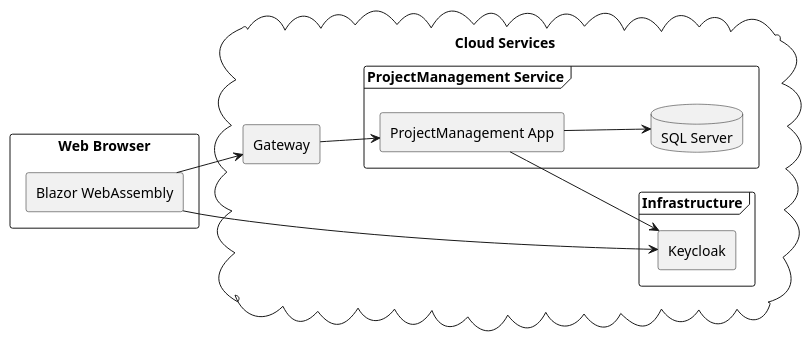
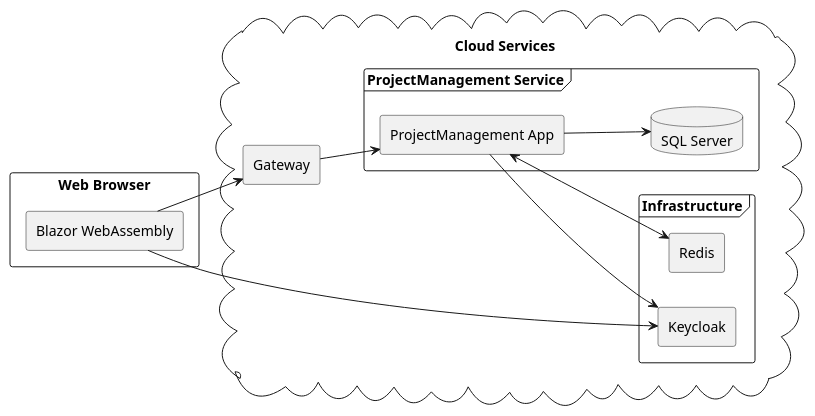
The diagram in doc/uml/architecture.puml (Kr0oked/DotnetProjectManagement), drawn with PlantUML before and after one commit. The commit also changed 13 other files, not shown here.

```diff
--- a/doc/uml/architecture.puml
+++ b/doc/uml/architecture.puml
@@ -1,30 +1,32 @@
 @startuml
 left to right direction
 
 rectangle "Web Browser" {
     agent "Blazor WebAssembly" as BlazorWebAssembly
 }
 
 cloud "Cloud Services" {
 
     agent Gateway
 
     frame "ProjectManagement Service" {
         agent "ProjectManagement App" as ProjectAPI
         database "SQL Server" as ProjectDB
     }
 
     frame Infrastructure {
+        agent Redis
         agent Keycloak
     }
 }
 
 BlazorWebAssembly --> Gateway
 BlazorWebAssembly --> Keycloak
 
 Gateway --> ProjectAPI
 
 ProjectAPI --> ProjectDB
+ProjectAPI <-> Redis
 ProjectAPI --> Keycloak
 
 @enduml
```
